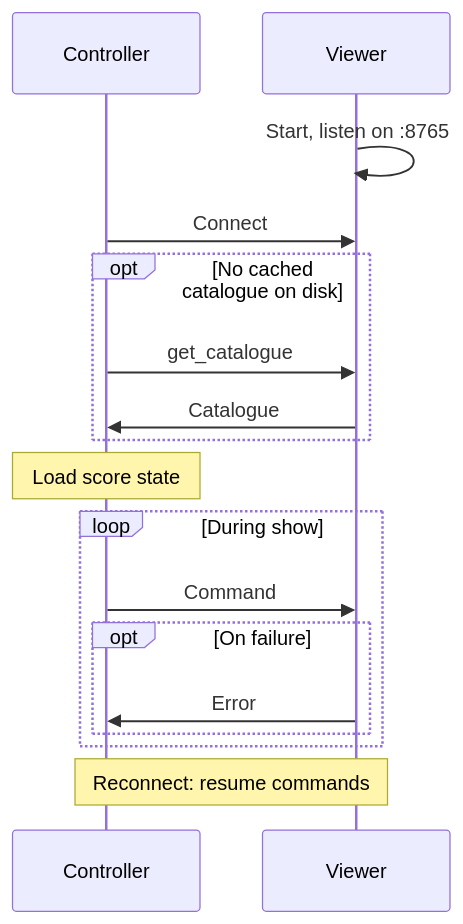
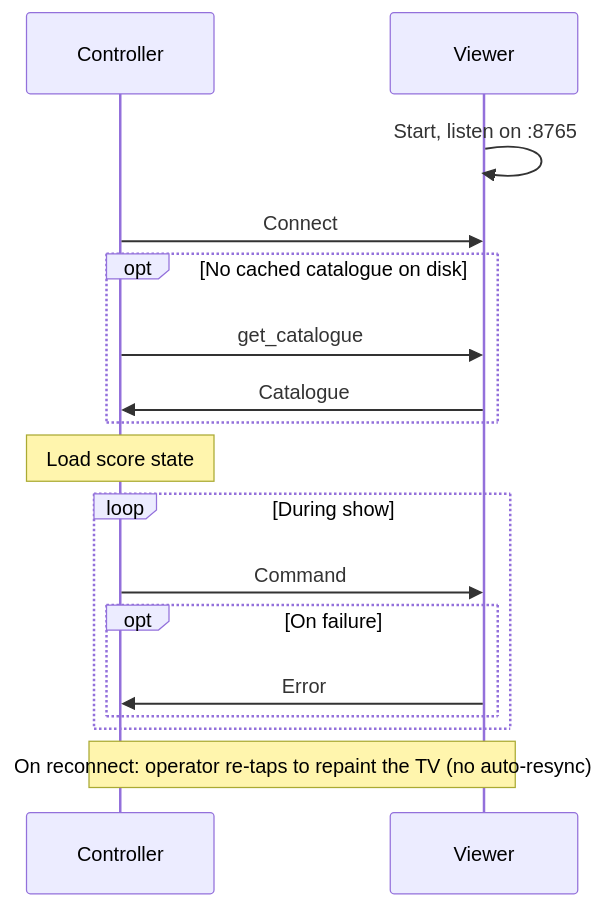
One commit to B-Solo/task-manager changed the first of 3 diagrams in docs/high-level-design.md. Above: the diagram before and after it, drawn with Mermaid. The commit also changed 3 other files, not shown here.

First line of the commit message:
Docs: clarify reconnect is manual re-tap (no auto TV resync)

````diff
--- a/docs/high-level-design.md
+++ b/docs/high-level-design.md
@@ -84,20 +84,20 @@
 ```mermaid
 sequenceDiagram
   participant C as Controller
   participant V as Viewer
 
   V->>V: Start, listen on :8765
   C->>V: Connect
   opt No cached catalogue on disk
     C->>V: get_catalogue
     V->>C: Catalogue
   end
   Note over C: Load score state
   loop During show
     C->>V: Command
     opt On failure
       V->>C: Error
     end
   end
-  Note over C,V: Reconnect: resume commands
+  Note over C,V: On reconnect: operator re-taps to repaint the TV (no auto-resync)
 ```
````
